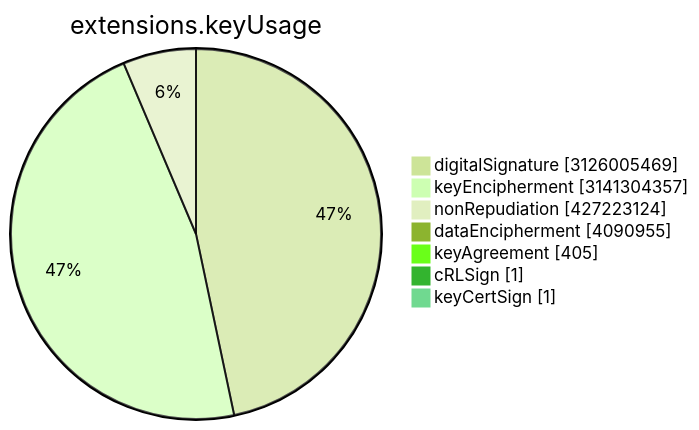
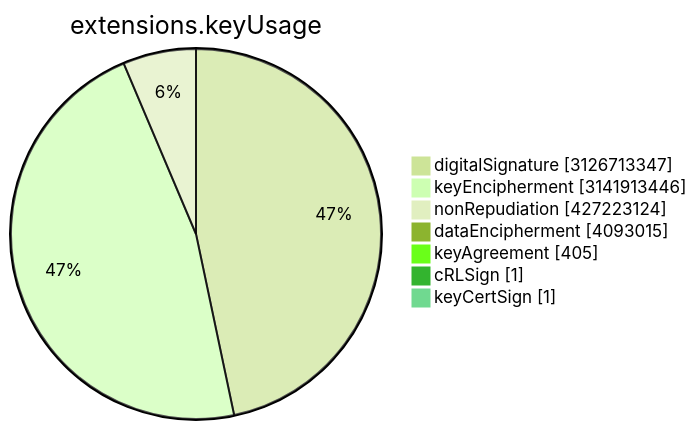
One commit to christiankrug/ctmonitor_visualization changed the sixth of 15 diagrams in TOTAL/README.md. Above: the diagram before and after it, drawn with Mermaid (forest theme). The commit also changed other lines of this file, not shown here.

````diff
--- a/TOTAL/README.md
+++ b/TOTAL/README.md
@@ -3077,11 +3077,11 @@
 ```mermaid
 pie showData
 title extensions.keyUsage
-"digitalSignature" :3126005469
-"keyEncipherment" :3141304357
+"digitalSignature" :3126713347
+"keyEncipherment" :3141913446
 "nonRepudiation" :427223124
-"dataEncipherment" :4090955
+"dataEncipherment" :4093015
 "keyAgreement" :405
 "cRLSign" :1
 "keyCertSign" :1
 ```
````
